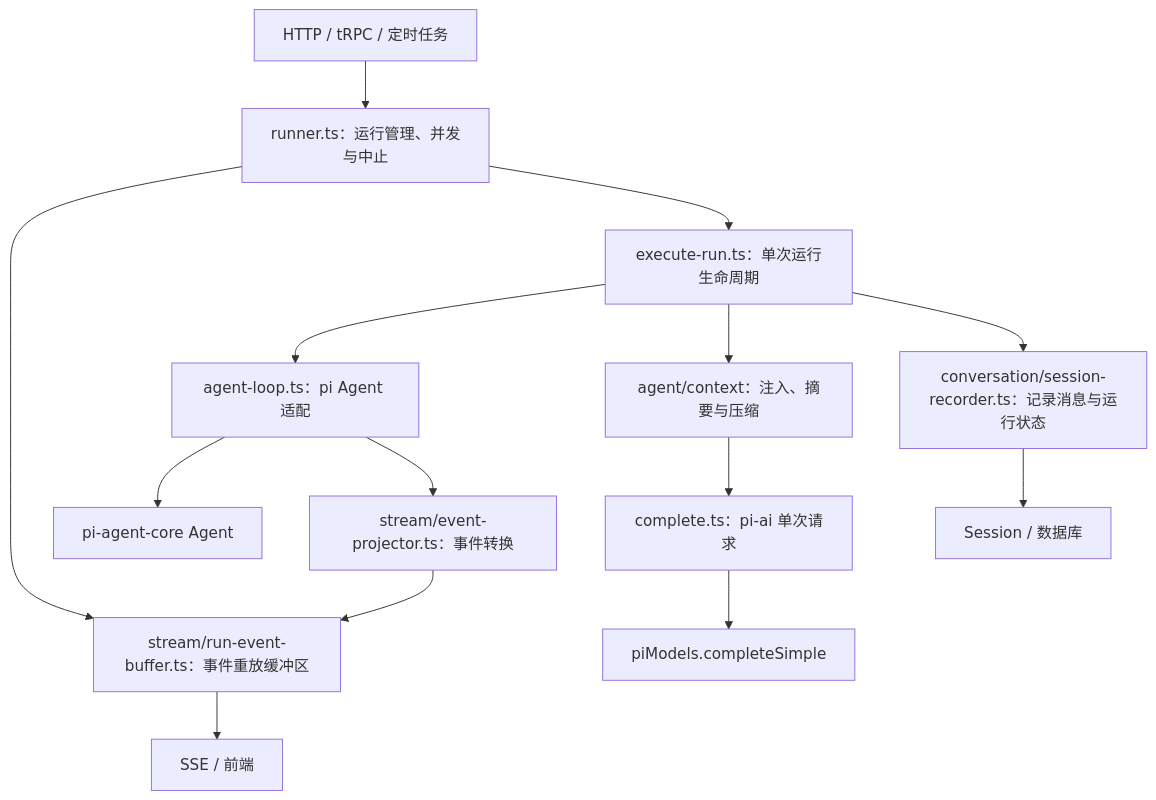
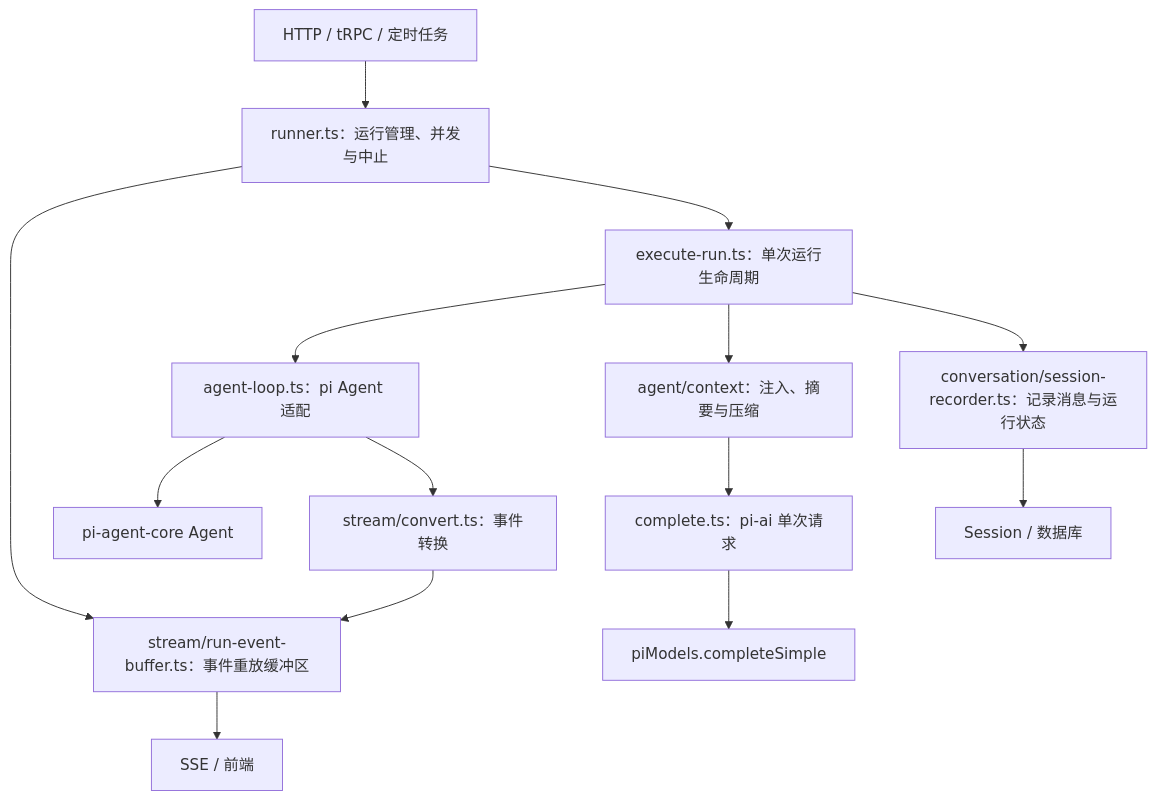
The diagram in src/main/agent/runtime/README.md (lhz960904/atrium), drawn with Mermaid before and after one commit. The commit also changed other lines of this file and 14 other files, not shown here.

````diff
--- a/src/main/agent/runtime/README.md
+++ b/src/main/agent/runtime/README.md
@@ -5,16 +5,16 @@
 ```mermaid
 flowchart TD
   API[HTTP / tRPC / 定时任务] --> Runner[runner.ts：运行管理、并发与中止]
   Runner --> Buffer[stream/run-event-buffer.ts：事件重放缓冲区]
   Runner --> Turn[execute-run.ts：单次运行生命周期]
   Turn --> Loop[agent-loop.ts：pi Agent 适配]
   Turn --> Context[agent/context：注入、摘要与压缩]
   Context --> Complete[complete.ts：pi-ai 单次请求]
   Complete --> Models[piModels.completeSimple]
   Loop --> Pi[pi-agent-core Agent]
   Turn --> Recorder[conversation/session-recorder.ts：记录消息与运行状态]
   Recorder --> DB[Session / 数据库]
-  Loop --> Projector[stream/event-projector.ts：事件转换]
-  Projector --> Buffer
+  Loop --> Convert[stream/convert.ts：事件转换]
+  Convert --> Buffer
   Buffer --> SSE[SSE / 前端]
 ```
````
